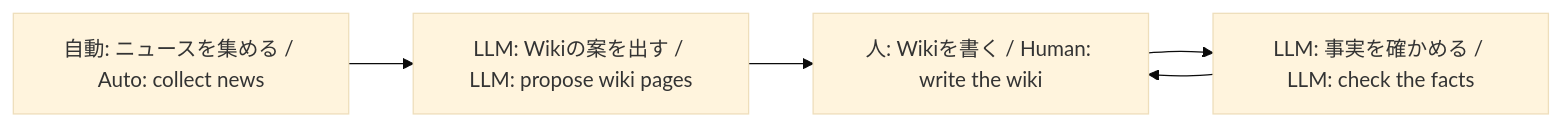
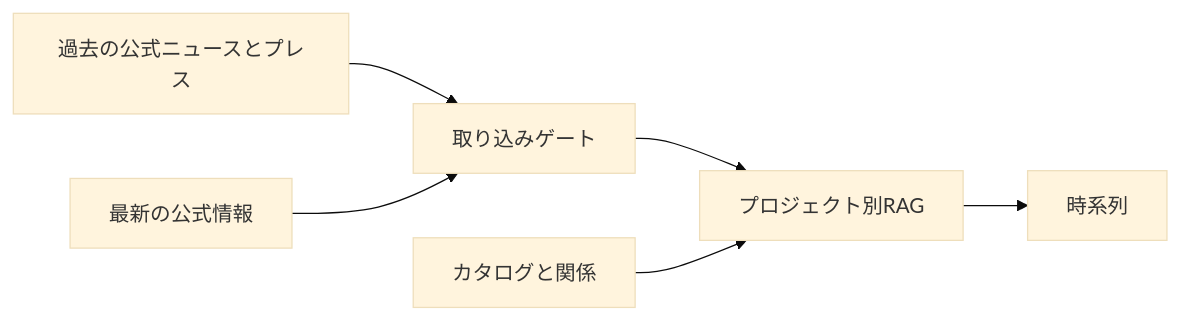
The diagram in src/content/docs/about.md (tetra4rnav/wannabe-jaxa-astronaut), drawn with Mermaid (base theme) before and after one commit. The commit also changed other lines of this file and 26 other files, not shown here.

````diff
--- a/src/content/docs/about.md
+++ b/src/content/docs/about.md
@@ -12,7 +8,8 @@
 ```mermaid
 flowchart LR
-  News["自動: ニュースを集める / Auto: collect news"] --> Propose["LLM: Wikiの案を出す / LLM: propose wiki pages"]
-  Propose --> Human["人: Wikiを書く / Human: write the wiki"]
-  Human --> Audit["LLM: 事実を確かめる / LLM: check the facts"]
-  Audit --> Human
+  Past["過去の公式ニュースとプレス"] --> Gate["取り込みゲート"]
+  Daily["最新の公式情報"] --> Gate
+  Gate --> Kb["プロジェクト別RAG"]
+  Catalog["カタログと関係"] --> Kb
+  Kb --> Timeline["時系列"]
 ```
````
